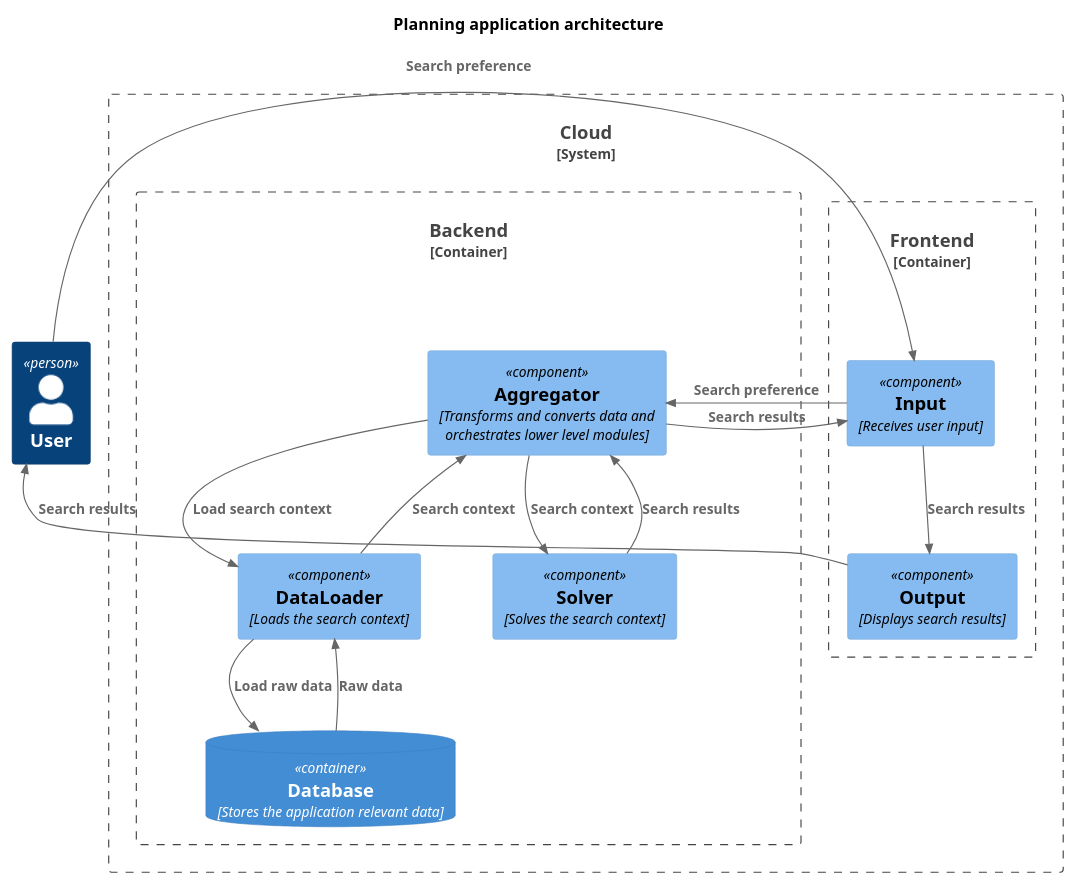
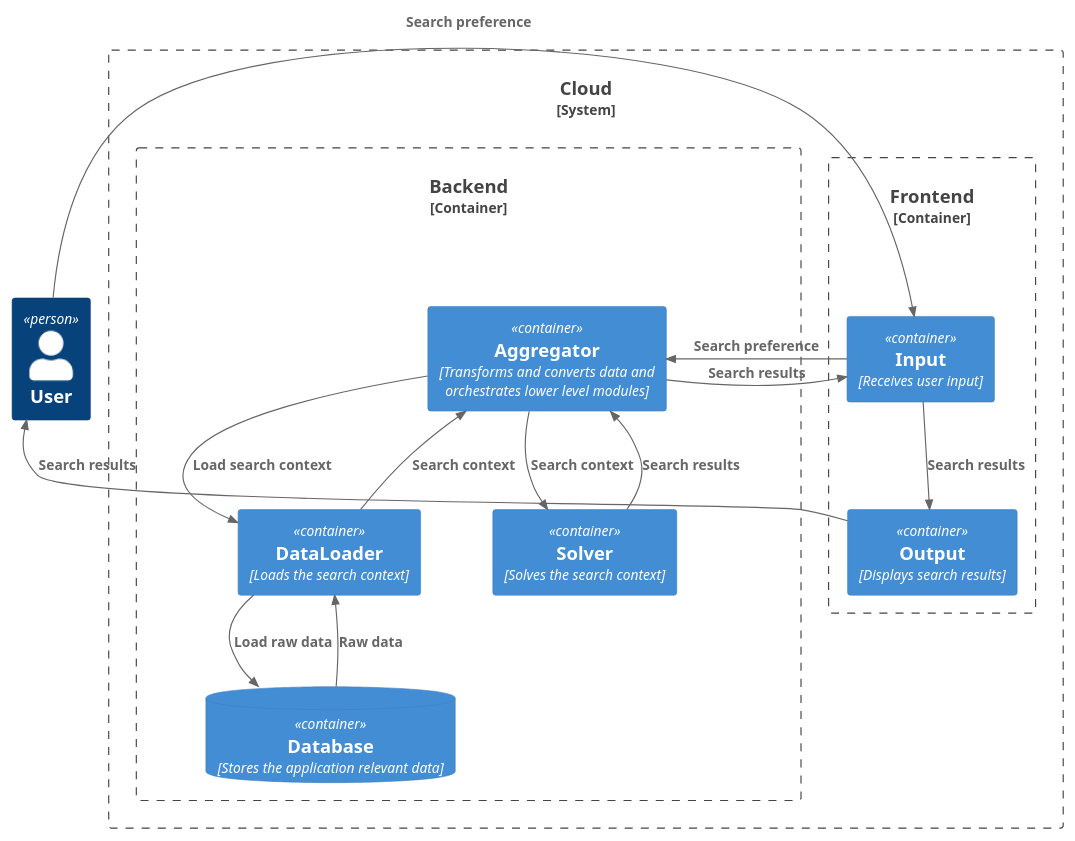
The diagram in doc/res/uml/planning.puml (HigyedArnold/Master-Thesis), drawn with PlantUML before and after one commit. The commit also changed 4 other files, not shown here.

Commit message:
Architecture

```diff
--- a/doc/res/uml/planning.puml
+++ b/doc/res/uml/planning.puml
@@ -1,52 +1,52 @@
 @startuml planning
 
 ' System Context & System Landscape diagrams
 '     Import: !includeurl https://raw.githubusercontent.com/RicardoNiepel/C4-PlantUML/release/1-0/C4_Context.puml
 '     Macros: Person, Person_Ext, System, System_Ext, SystemDb, SystemDb_Ext, Boundary, System_Boundary, Enterprise_Boundary
 ' Container diagram
 '     Import: !includeurl https://raw.githubusercontent.com/RicardoNiepel/C4-PlantUML/release/1-0/C4_Container.puml
 '     Additional Macros: Container, ContainerDb, Container_Boundary
 ' Component diagram
 '     Import: !includeurl https://raw.githubusercontent.com/RicardoNiepel/C4-PlantUML/release/1-0/C4_Component.puml
 '     Additional Macros: Component, ComponentDb
 '
 ' OBS: include only the Component diagram since it contains all other diagrams;
 
 !includeurl https://raw.githubusercontent.com/RicardoNiepel/C4-PlantUML/release/1-0/C4_Component.puml
 
-title Planning application architecture
+' title Planning application architecture
 
 Person(user, "User", "")
 
 System_Boundary(cloud, "Cloud") {
     Container_Boundary(frontEnd, "Frontend") {
-        Component(input, "Input", "Receives user input")
-        Component(output, "Output", "Displays search results")
+        Container(input, "Input", "Receives user input")
+        Container(output, "Output", "Displays search results")
     }
 
     Container_Boundary(backEnd, "Backend") {
-        Component(aggregator, "Aggregator", "Transforms and converts data and orchestrates lower level modules")
-        Component(dataLoader, "DataLoader", "Loads the search context")
+        Container(aggregator, "Aggregator", "Transforms and converts data and orchestrates lower level modules")
+        Container(dataLoader, "DataLoader", "Loads the search context")
         ContainerDb(database, "Database", "Stores the application relevant data")
-        Component(solver, "Solver", "Solves the search context")
+        Container(solver, "Solver", "Solves the search context")
 
     }
 }
 
 Rel_R(user, input, "Search preference")
 Rel_L(output, user, "Search results")
 Rel_D(input, output, "Search results")
 
 Rel_R(input, aggregator, "Search preference")
 Rel_L(aggregator, input, "Search results")
 
 Rel_D(aggregator, dataLoader, "Load search context")
 Rel_U(dataLoader, aggregator, "Search context")
 
 Rel_D(aggregator, solver, "Search context")
 Rel_U(solver, aggregator, "Search results")
 
 Rel_D(dataLoader, database, "Load raw data")
 Rel_U(database, dataLoader, "Raw data")
 
 @enduml
```
